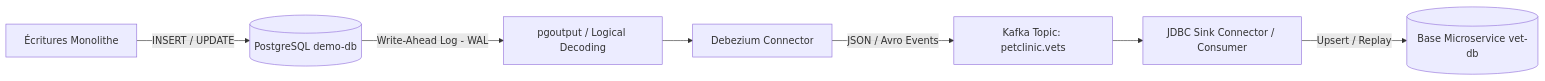
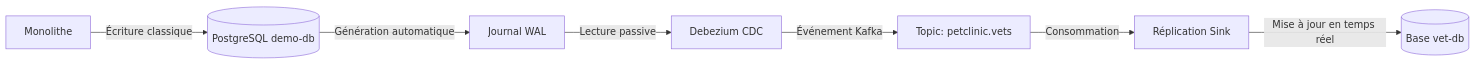
One commit to abdochiguer/Monolith-to-Microservices-Migration changed the seventh of 8 diagrams in README.md. Above: the diagram before and after it, drawn with Mermaid. The commit also changed other lines of this file, not shown here.

````diff
--- a/README.md
+++ b/README.md
@@ -90,9 +225,9 @@
 ```mermaid
 flowchart LR
-    App[Écritures Monolithe] -->|INSERT / UPDATE| DB[(PostgreSQL demo-db)]
-    DB -->|Write-Ahead Log - WAL| Plugin[pgoutput / Logical Decoding]
-    Plugin --> CDC[Debezium Connector]
-    CDC -->|JSON / Avro Events| KafkaTopic[Kafka Topic: petclinic.vets]
-    KafkaTopic --> Sink[JDBC Sink Connector / Consumer]
-    Sink -->|Upsert / Replay| VetDB[(Base Microservice vet-db)]
+    App[Monolithe] -->|Écriture classique| DB[(PostgreSQL demo-db)]
+    DB -->|Génération automatique| WAL[Journal WAL]
+    WAL -->|Lecture passive| Debezium[Debezium CDC]
+    Debezium -->|Événement Kafka| Topic[Topic: petclinic.vets]
+    Topic -->|Consommation| Sink[Réplication Sink]
+    Sink -->|Mise à jour en temps réel| VetDB[(Base vet-db)]
 ```
````
